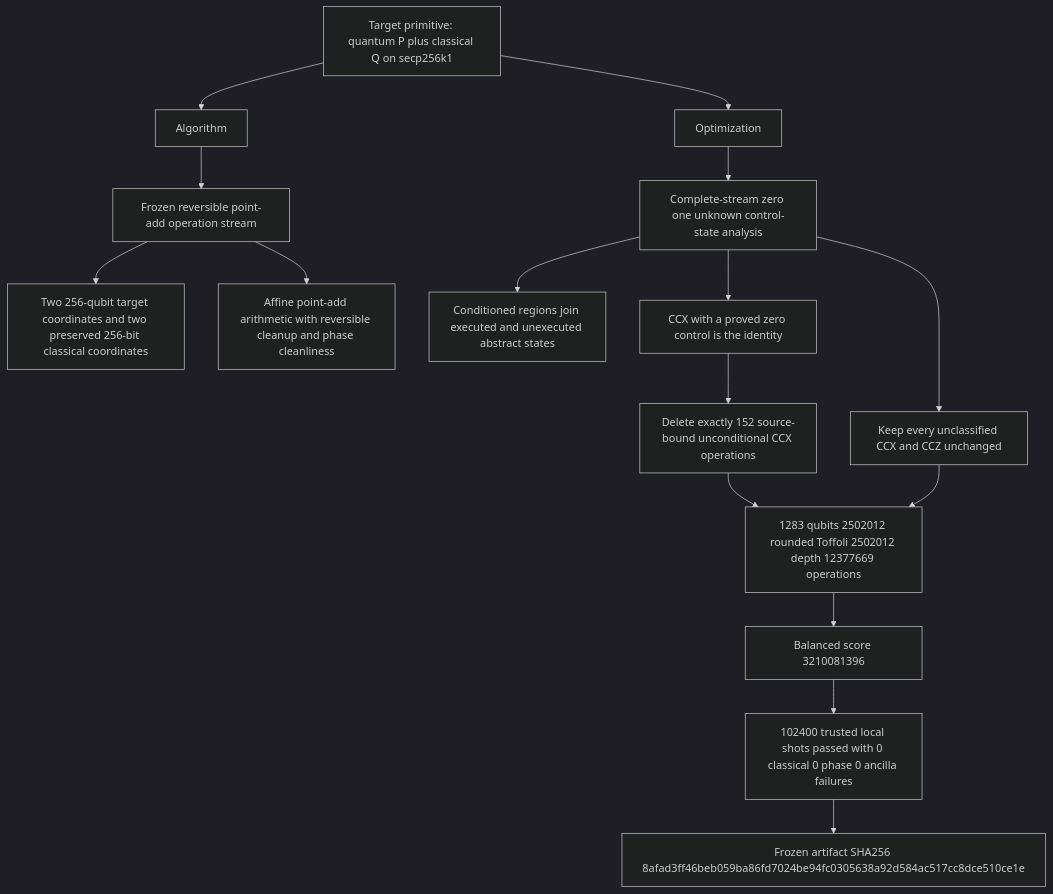
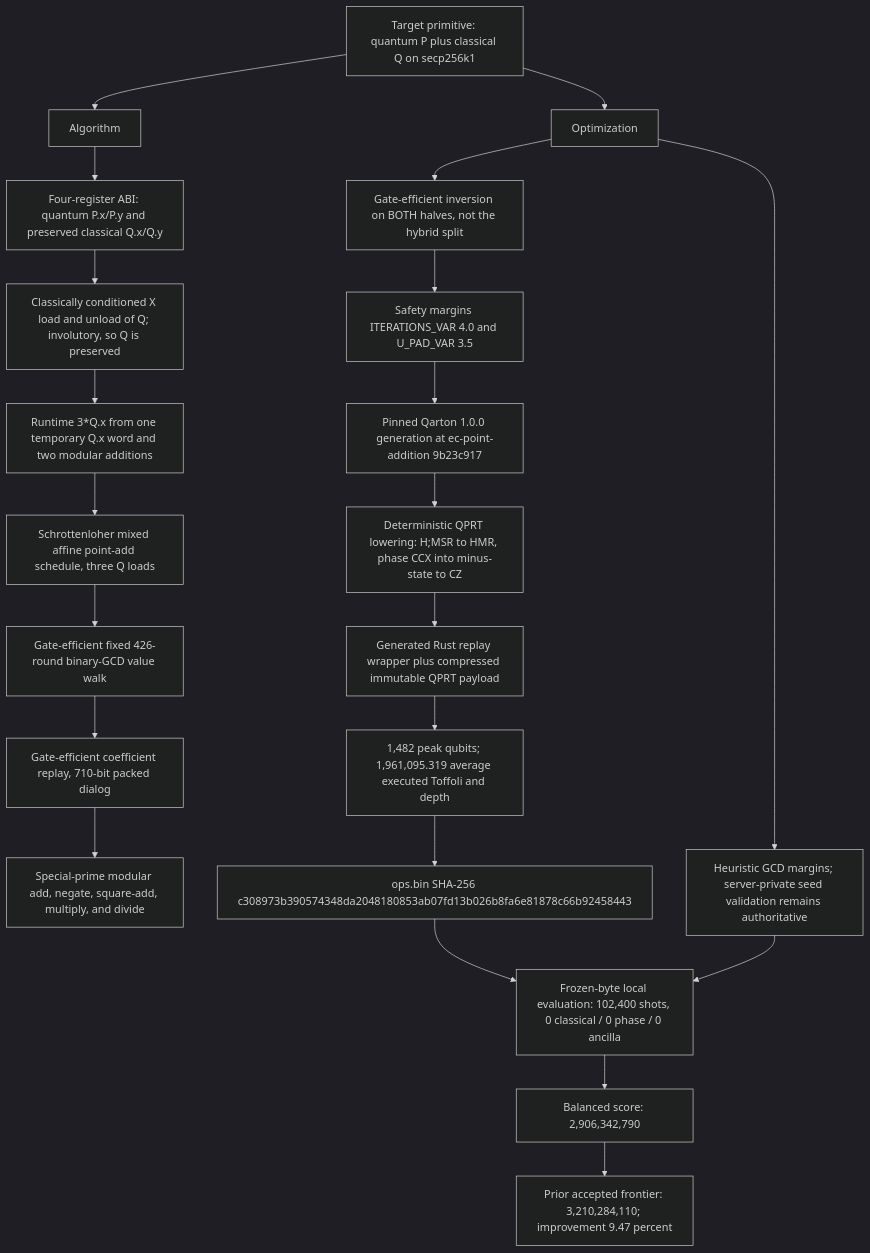
Before and after one commit to ecdlp-contest/ecdlp-point-add: the diagram in src/point_add/architecture.mmd, drawn with Mermaid (dark theme). The commit also changed 15 other files, not shown here.

Commit message:
Accept point-add-secp256k1-v1 submission sub_mtenymg0_ajesgz

```diff
--- a/src/point_add/architecture.mmd
+++ b/src/point_add/architecture.mmd
@@ -1,32 +1,44 @@
 flowchart TD
-  Target["Target primitive: quantum P plus classical Q on secp256k1"]
-  Algorithm["Algorithm"]
-  Optimization["Optimization"]
-  Replay["Frozen reversible point-add operation stream"]
-  Registers["Two 256-qubit target coordinates and two preserved 256-bit classical coordinates"]
-  Arithmetic["Affine point-add arithmetic with reversible cleanup and phase cleanliness"]
-  Context["Complete-stream zero one unknown control-state analysis"]
-  Branches["Conditioned regions join executed and unexecuted abstract states"]
-  Identity["CCX with a proved zero control is the identity"]
-  Delete["Delete exactly 152 source-bound unconditional CCX operations"]
-  Preserve["Keep every unclassified CCX and CCZ unchanged"]
-  Resources["1283 qubits 2502012 rounded Toffoli 2502012 depth 12377669 operations"]
-  Score["Balanced score 3210081396"]
-  Validation["102400 trusted local shots passed with 0 classical 0 phase 0 ancilla failures"]
-  Commitment["Frozen artifact SHA256 8afad3ff46beb059ba86fd7024be94fc0305638a92d584ac517cc8dce510ce1e"]
+    Target["Target primitive: quantum P plus classical Q on secp256k1"]
+    Algorithm["Algorithm"]
+    Optimization["Optimization"]
+    ABI["Four-register ABI: quantum P.x/P.y and preserved classical Q.x/Q.y"]
+    Load["Classically conditioned X load and unload of Q; involutory, so Q is preserved"]
+    ThreeX["Runtime 3*Q.x from one temporary Q.x word and two modular additions"]
+    Affine["Schrottenloher mixed affine point-add schedule, three Q loads"]
+    Walk["Gate-efficient fixed 426-round binary-GCD value walk"]
+    Replay["Gate-efficient coefficient replay, 710-bit packed dialog"]
+    Arithmetic["Special-prime modular add, negate, square-add, multiply, and divide"]
+    Source["Pinned Qarton 1.0.0 generation at ec-point-addition 9b23c917"]
+    Margins["Safety margins ITERATIONS_VAR 4.0 and U_PAD_VAR 3.5"]
+    Mix["Gate-efficient inversion on BOTH halves, not the hybrid split"]
+    Lower["Deterministic QPRT lowering: H;MSR to HMR, phase CCX into minus-state to CZ"]
+    Rust["Generated Rust replay wrapper plus compressed immutable QPRT payload"]
+    Census["1,482 peak qubits; 1,961,095.319 average executed Toffoli and depth"]
+    Hash["ops.bin SHA-256 c308973b390574348da2048180853ab07fd13b026b8fa6e81878c66b92458443"]
+    Shots["Frozen-byte local evaluation: 102,400 shots, 0 classical / 0 phase / 0 ancilla"]
+    Score["Balanced score: 2,906,342,790"]
+    Prior["Prior accepted frontier: 3,210,284,110; improvement 9.47 percent"]
+    Risk["Heuristic GCD margins; server-private seed validation remains authoritative"]
 
-  Target --> Algorithm
-  Target --> Optimization
-  Algorithm --> Replay
-  Replay --> Registers
-  Replay --> Arithmetic
-  Optimization --> Context
-  Context --> Branches
-  Context --> Identity
-  Identity --> Delete
-  Context --> Preserve
-  Delete --> Resources
-  Preserve --> Resources
-  Resources --> Score
-  Score --> Validation
-  Validation --> Commitment
+    Target --> Algorithm
+    Target --> Optimization
+    Algorithm --> ABI
+    ABI --> Load
+    Load --> ThreeX
+    ThreeX --> Affine
+    Affine --> Walk
+    Walk --> Replay
+    Replay --> Arithmetic
+    Optimization --> Mix
+    Mix --> Margins
+    Margins --> Source
+    Source --> Lower
+    Lower --> Rust
+    Rust --> Census
+    Census --> Hash
+    Hash --> Shots
+    Shots --> Score
+    Score --> Prior
+    Optimization --> Risk
+    Risk --> Shots
```
